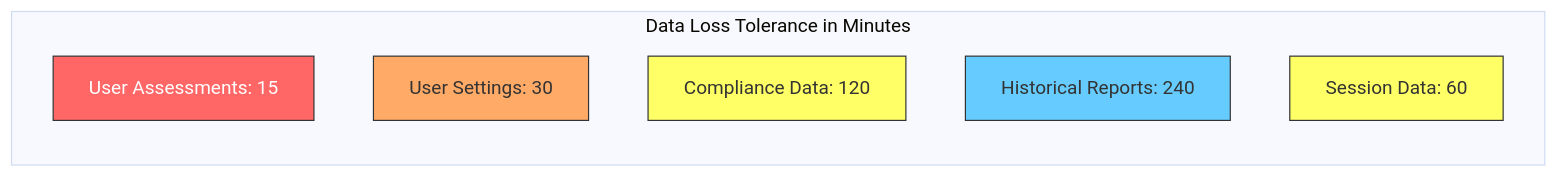
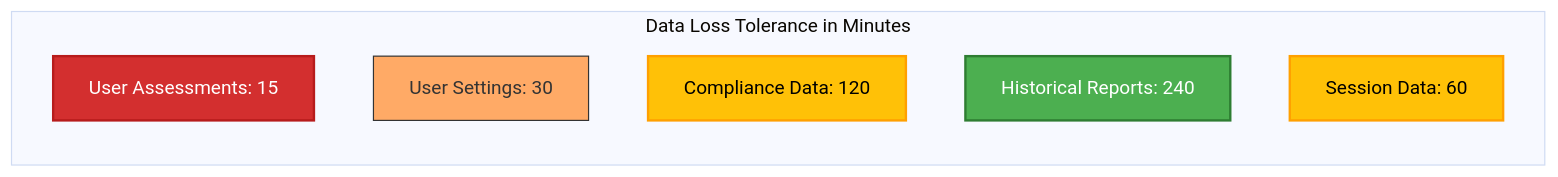
One commit to Hack23/cia-compliance-manager changed diagram 12 of 33 in docs/architecture/BCPPlan.md. Above: the diagram before and after it, drawn with Mermaid (base theme). The commit also changed other lines of this file and 18 other files, not shown here.

First line of the commit message:
style: update all classDef colors to ISMS style guide palette and fix quadrant charts

````diff
--- a/docs/architecture/BCPPlan.md
+++ b/docs/architecture/BCPPlan.md
@@ -495,21 +518,21 @@
 ```mermaid
 graph LR
     subgraph "Data Loss Tolerance in Minutes"
         UA["User Assessments: 15"]
         US["User Settings: 30"]
         CD["Compliance Data: 120"]
         HR["Historical Reports: 240"]
         SD["Session Data: 60"]
     end
 
-    classDef critical fill:#ff6666,stroke:#333,stroke-width:1px,color:white;
+    classDef critical fill:#D32F2F,stroke:#B71C1C,stroke-width:2px,color:#ffffff
     classDef high fill:#ffaa66,stroke:#333,stroke-width:1px;
-    classDef medium fill:#ffff66,stroke:#333,stroke-width:1px;
-    classDef standard fill:#66ccff,stroke:#333,stroke-width:1px;
+    classDef medium fill:#FFC107,stroke:#FFA000,stroke-width:2px,color:#000000
+    classDef standard fill:#4CAF50,stroke:#2E7D32,stroke-width:2px,color:#ffffff
     
     class UA critical
     class US high
     class SD medium
     class CD medium
     class HR standard
 ```
````
